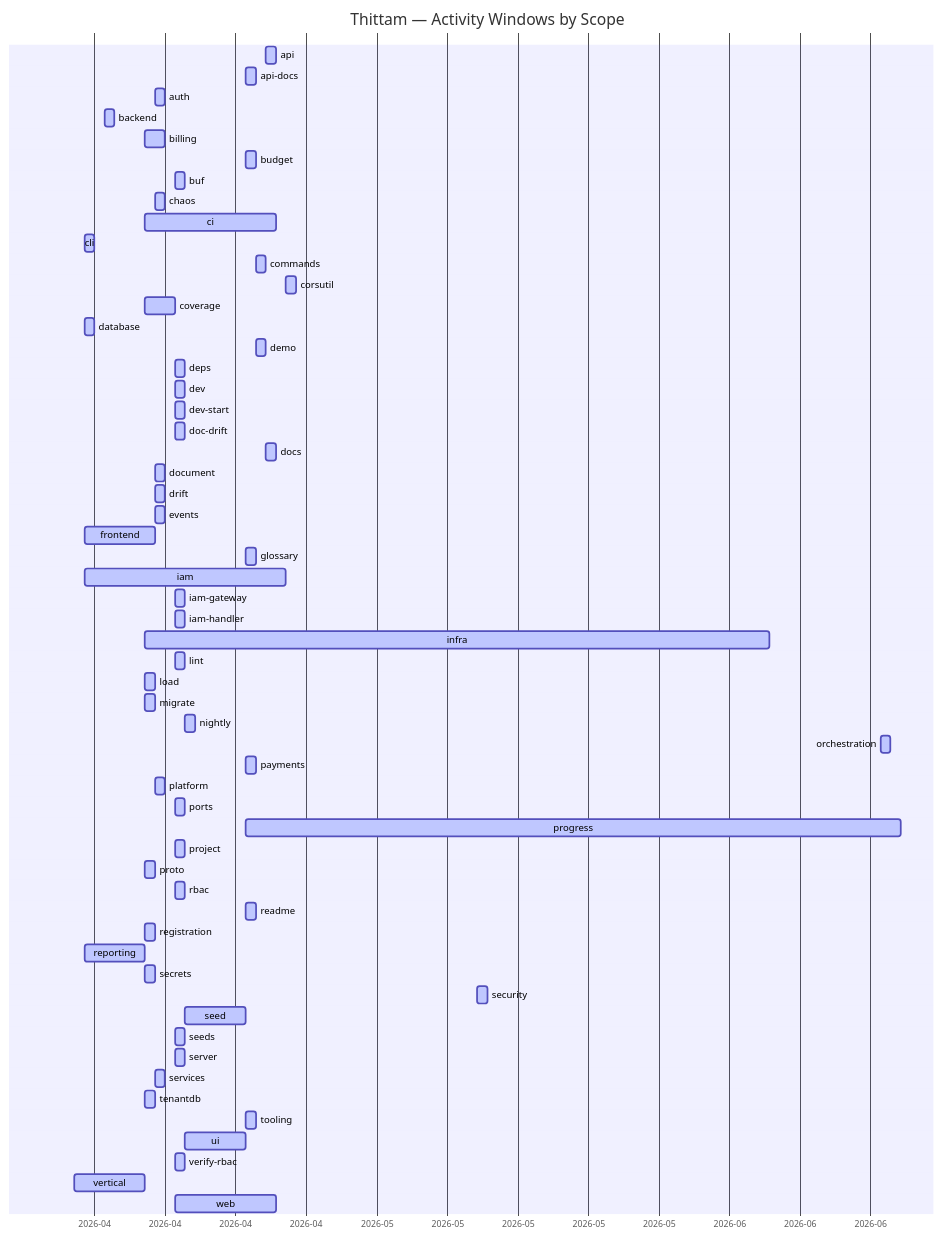
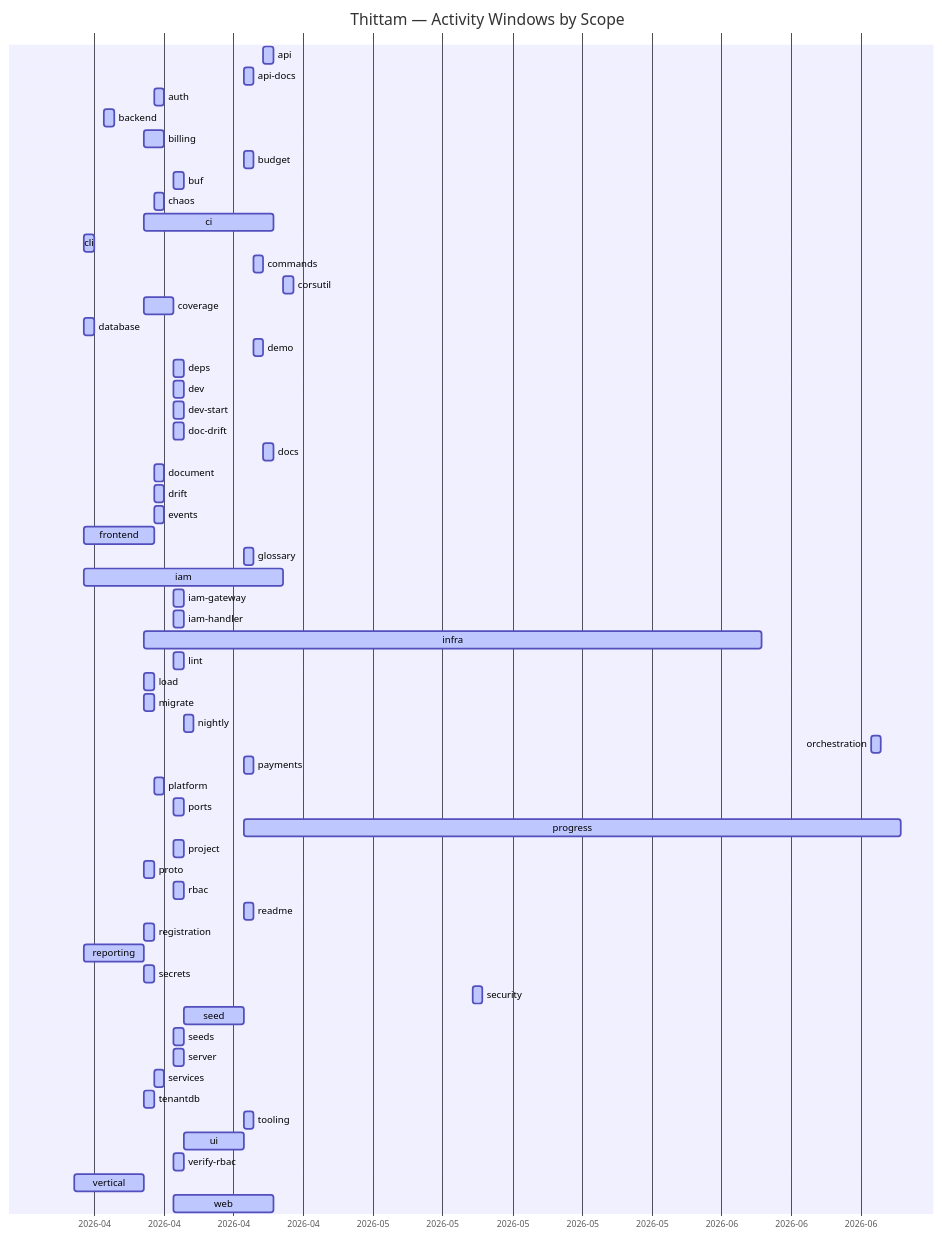
One commit to wegofwd2020-hub/thittam changed the diagram in docs/PROGRESS.md. Above: the diagram before and after it, drawn with Mermaid. The commit also changed other lines of this file and 1 other file, not shown here.

Commit message:
chore(progress): nightly update of docs/PROGRESS.md + CSVs

````diff
--- a/docs/PROGRESS.md
+++ b/docs/PROGRESS.md
@@ -9,62 +9,62 @@
 ```mermaid
 gantt
     title Thittam — Activity Windows by Scope
     dateFormat YYYY-MM-DD
     axisFormat %Y-%m
     api                :active, s_api, 2026-04-22, 2026-04-23
     api-docs           :active, s_api_docs, 2026-04-20, 2026-04-21
     auth               :active, s_auth, 2026-04-11, 2026-04-12
     backend            :active, s_backend, 2026-04-06, 2026-04-07
     billing            :active, s_billing, 2026-04-10, 2026-04-12
     budget             :active, s_budget, 2026-04-20, 2026-04-21
     buf                :active, s_buf, 2026-04-13, 2026-04-14
     chaos              :active, s_chaos, 2026-04-11, 2026-04-12
     ci                 :active, s_ci, 2026-04-10, 2026-04-23
     cli                :active, s_cli, 2026-04-04, 2026-04-05
     commands           :active, s_commands, 2026-04-21, 2026-04-22
     corsutil           :active, s_corsutil, 2026-04-24, 2026-04-25
     coverage           :active, s_coverage, 2026-04-10, 2026-04-13
     database           :active, s_database, 2026-04-04, 2026-04-05
     demo               :active, s_demo, 2026-04-21, 2026-04-22
     deps               :active, s_deps, 2026-04-13, 2026-04-14
     dev                :active, s_dev, 2026-04-13, 2026-04-14
     dev-start          :active, s_dev_start, 2026-04-13, 2026-04-14
     doc-drift          :active, s_doc_drift, 2026-04-13, 2026-04-14
     docs               :active, s_docs, 2026-04-22, 2026-04-23
     document           :active, s_document, 2026-04-11, 2026-04-12
     drift              :active, s_drift, 2026-04-11, 2026-04-12
     events             :active, s_events, 2026-04-11, 2026-04-12
     frontend           :active, s_frontend, 2026-04-04, 2026-04-11
     glossary           :active, s_glossary, 2026-04-20, 2026-04-21
     iam                :active, s_iam, 2026-04-04, 2026-04-24
     iam-gateway        :active, s_iam_gateway, 2026-04-13, 2026-04-14
     iam-handler        :active, s_iam_handler, 2026-04-13, 2026-04-14
     infra              :active, s_infra, 2026-04-10, 2026-06-11
     lint               :active, s_lint, 2026-04-13, 2026-04-14
     load               :active, s_load, 2026-04-10, 2026-04-11
     migrate            :active, s_migrate, 2026-04-10, 2026-04-11
     nightly            :active, s_nightly, 2026-04-14, 2026-04-15
     orchestration      :active, s_orchestration, 2026-06-22, 2026-06-23
     payments           :active, s_payments, 2026-04-20, 2026-04-21
     platform           :active, s_platform, 2026-04-11, 2026-04-12
     ports              :active, s_ports, 2026-04-13, 2026-04-14
-    progress           :active, s_progress, 2026-04-20, 2026-06-24
+    progress           :active, s_progress, 2026-04-20, 2026-06-25
     project            :active, s_project, 2026-04-13, 2026-04-14
     proto              :active, s_proto, 2026-04-10, 2026-04-11
     rbac               :active, s_rbac, 2026-04-13, 2026-04-14
     readme             :active, s_readme, 2026-04-20, 2026-04-21
     registration       :active, s_registration, 2026-04-10, 2026-04-11
     reporting          :active, s_reporting, 2026-04-04, 2026-04-10
     secrets            :active, s_secrets, 2026-04-10, 2026-04-11
     security           :active, s_security, 2026-05-13, 2026-05-14
     seed               :active, s_seed, 2026-04-14, 2026-04-20
     seeds              :active, s_seeds, 2026-04-13, 2026-04-14
     server             :active, s_server, 2026-04-13, 2026-04-14
     services           :active, s_services, 2026-04-11, 2026-04-12
     tenantdb           :active, s_tenantdb, 2026-04-10, 2026-04-11
     tooling            :active, s_tooling, 2026-04-20, 2026-04-21
     ui                 :active, s_ui, 2026-04-14, 2026-04-20
     verify-rbac        :active, s_verify_rbac, 2026-04-13, 2026-04-14
     vertical           :active, s_vertical, 2026-04-03, 2026-04-10
     web                :active, s_web, 2026-04-13, 2026-04-23
 ```
````
